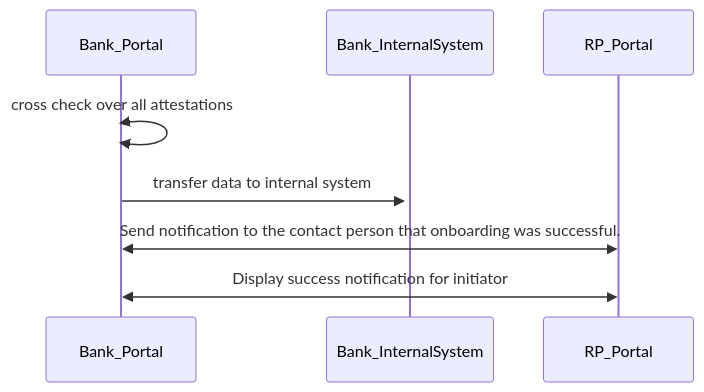
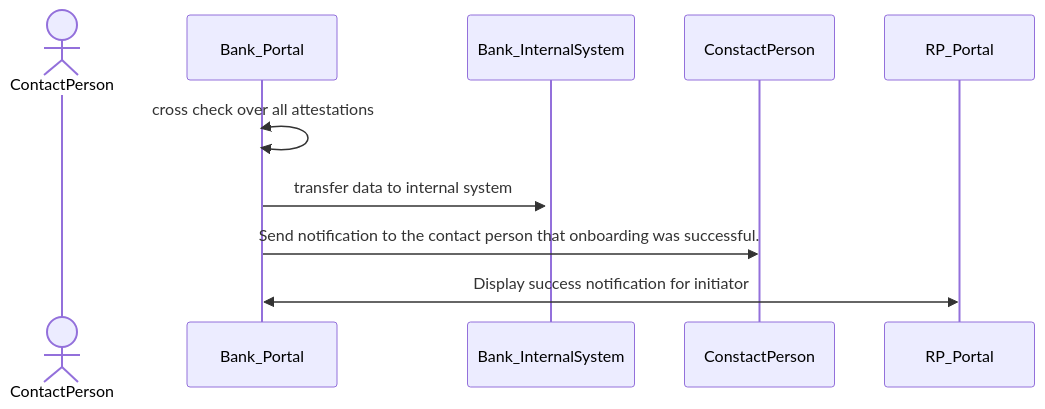
One commit to DominicHurni/wp3-technology-standards changed the ninth of 11 diagrams in PA3/PA3_MVP.md. Above: the diagram before and after it, drawn with Mermaid. The commit also changed 3 other files, not shown here.

````diff
--- a/PA3/PA3_MVP.md
+++ b/PA3/PA3_MVP.md
@@ -186,8 +186,9 @@
 ```mermaid
 sequenceDiagram
+    actor ContactPerson 
     Bank_Portal<<->>Bank_Portal: cross check over all attestations 
     Bank_Portal->>+Bank_InternalSystem: transfer data to internal system
 
-    Bank_Portal<<->>RP_Portal: Send notification to the contact person that onboarding was successful.
+    Bank_Portal->>ConstactPerson: Send notification to the contact person that onboarding was successful.
     Bank_Portal<<->>RP_Portal: Display success notification for initiator
 ```
````
